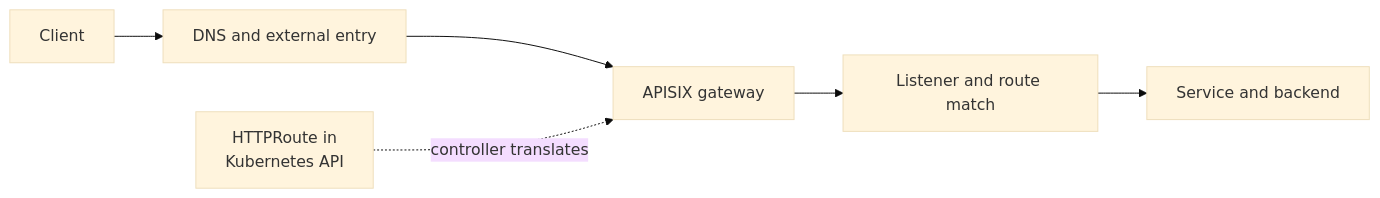
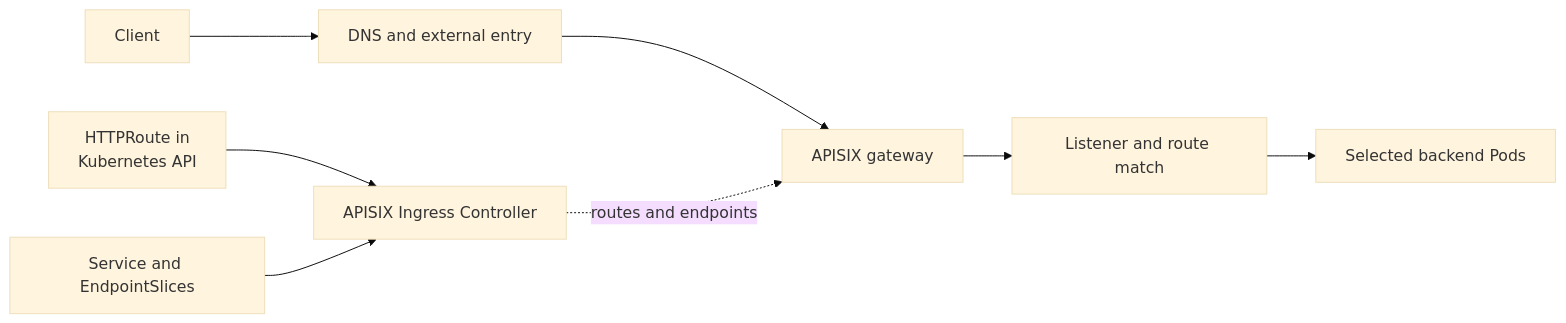
The diagram in knowledge/kubernetes/troubleshooting/apisix.md (David-A18/MY-humble-knowledge-for-everyone), drawn with Mermaid (base theme) before and after one commit. The commit also changed other lines of this file and 7 other files, not shown here.

Commit message:
Clarify APISIX EKS request path and gateway status

````diff
--- a/knowledge/kubernetes/troubleshooting/apisix.md
+++ b/knowledge/kubernetes/troubleshooting/apisix.md
@@ -46,8 +57,10 @@
 ```mermaid
 flowchart LR
   client["Client"] --> entry["DNS and external entry"]
   entry --> gateway["APISIX gateway"]
   gateway --> match["Listener and route match"]
-  match --> upstream["Service and backend"]
-  route["HTTPRoute in<br/>Kubernetes API"] -. "controller translates" .-> gateway
+  match --> upstream["Selected backend Pods"]
+  route["HTTPRoute in<br/>Kubernetes API"] --> controller["APISIX Ingress Controller"]
+  endpoints["Service and EndpointSlices"] --> controller
+  controller -. "routes and endpoints" .-> gateway
 ```
````
